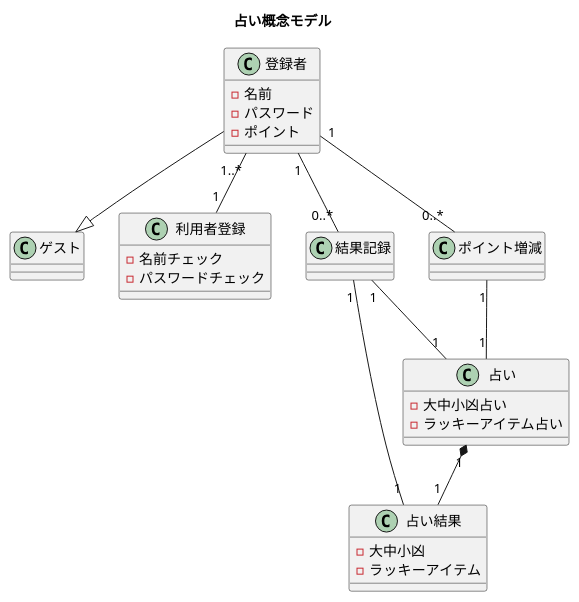
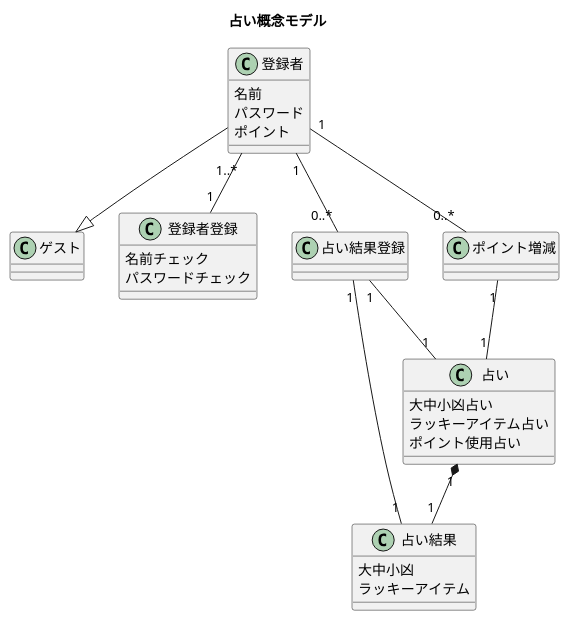
Before and after one commit to Atsush1/Uranai: the diagram in UML/AbstractModeling/abstractModel.pu, drawn with PlantUML. The commit also changed 11 other files, not shown here.

```diff
--- a/UML/AbstractModeling/abstractModel.pu
+++ b/UML/AbstractModeling/abstractModel.pu
@@ -1,50 +1,51 @@
 @startuml
 title 占い概念モデル
 
+class ゲスト
+
 class 登録者
 {
-    -名前
-    -パスワード
-    -ポイント
+    名前
+    パスワード
+    ポイント
 }
 
-class ゲスト
-
-class 利用者登録
+class 登録者登録
 {
-    -名前チェック
-    -パスワードチェック
+    名前チェック
+    パスワードチェック
 }
 
-class 結果記録
+class 占い結果登録
 {
     
 }
 
 class 占い結果
 {
-    -大中小凶
-    -ラッキーアイテム
+    大中小凶
+    ラッキーアイテム
 }
 
 class 占い
 {
-    -大中小凶占い
-    -ラッキーアイテム占い
+    大中小凶占い
+    ラッキーアイテム占い
+    ポイント使用占い
 }
 
 class ポイント増減
 {
 
 }
 
 ポイント増減 "1" -- "1" 占い
 登録者 "1" -- "0..*" ポイント増減 
-登録者 "1" -- "0..*" 結果記録
-結果記録 "1" -- "1" 占い結果
-結果記録 "1" -- "1" 占い
-登録者 "1..*" -- "1" 利用者登録
+登録者 "1" -- "0..*" 占い結果登録
+占い結果登録 "1" -- "1" 占い結果
+占い結果登録 "1" -- "1" 占い
+登録者 "1..*" -- "1" 登録者登録
 占い "1" *-- "1" 占い結果
 登録者 --|> ゲスト
 
 @enduml
```
